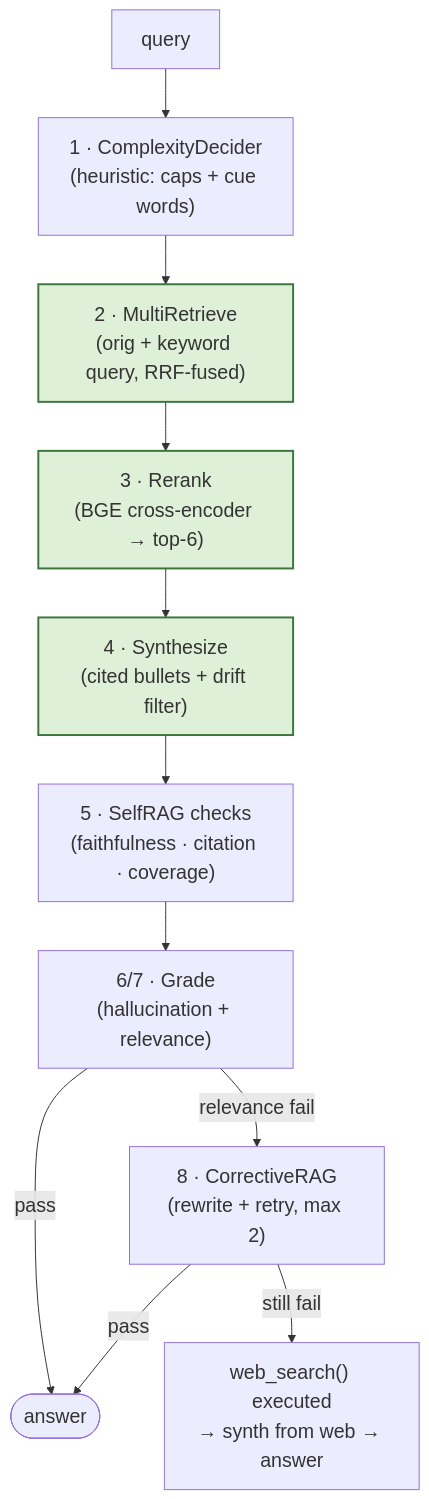
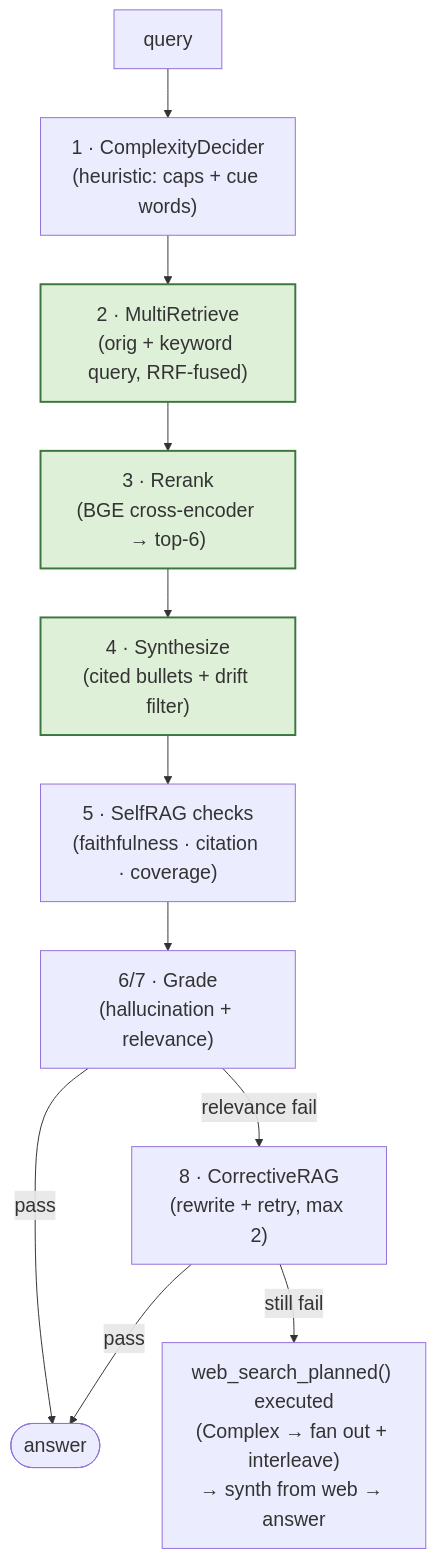
The ninth of 12 diagrams in Week 3.7 - Agentic RAG.md (shaneliuyx/agent-development-curriculum), drawn with Mermaid before and after one commit. The commit also changed other lines of this file and 1 other file, not shown here.

Commit message:
docs(w3.7): web-fallback fan-out + SearXNG backend + debug log

````diff
--- a/Week 3.7 - Agentic RAG.md
+++ b/Week 3.7 - Agentic RAG.md
@@ -1051,16 +1051,16 @@
 ```mermaid
 %%{init: {'theme':'default', 'themeVariables': {'fontSize':'20px'}}}%%
 flowchart TD
   Q[query] --> CD["1 · ComplexityDecider<br/>(heuristic: caps + cue words)"]
   CD --> MR["2 · MultiRetrieve<br/>(orig + keyword query, RRF-fused)"]
   MR --> RR["3 · Rerank<br/>(BGE cross-encoder → top-6)"]
   RR --> SY["4 · Synthesize<br/>(cited bullets + drift filter)"]
   SY --> SR["5 · SelfRAG checks<br/>(faithfulness · citation · coverage)"]
   SR --> GH["6/7 · Grade<br/>(hallucination + relevance)"]
   GH -->|"pass"| DONE([answer])
   GH -->|"relevance fail"| CR["8 · CorrectiveRAG<br/>(rewrite + retry, max 2)"]
   CR -->|"pass"| DONE
-  CR -->|"still fail"| WS["web_search() executed<br/>→ synth from web → answer"]
+  CR -->|"still fail"| WS["web_search_planned() executed<br/>(Complex → fan out + interleave)<br/>→ synth from web → answer"]
   classDef slice fill:#dff0d8,stroke:#3c763d,stroke-width:2px;
   class MR,RR,SY slice;
 ```
````
